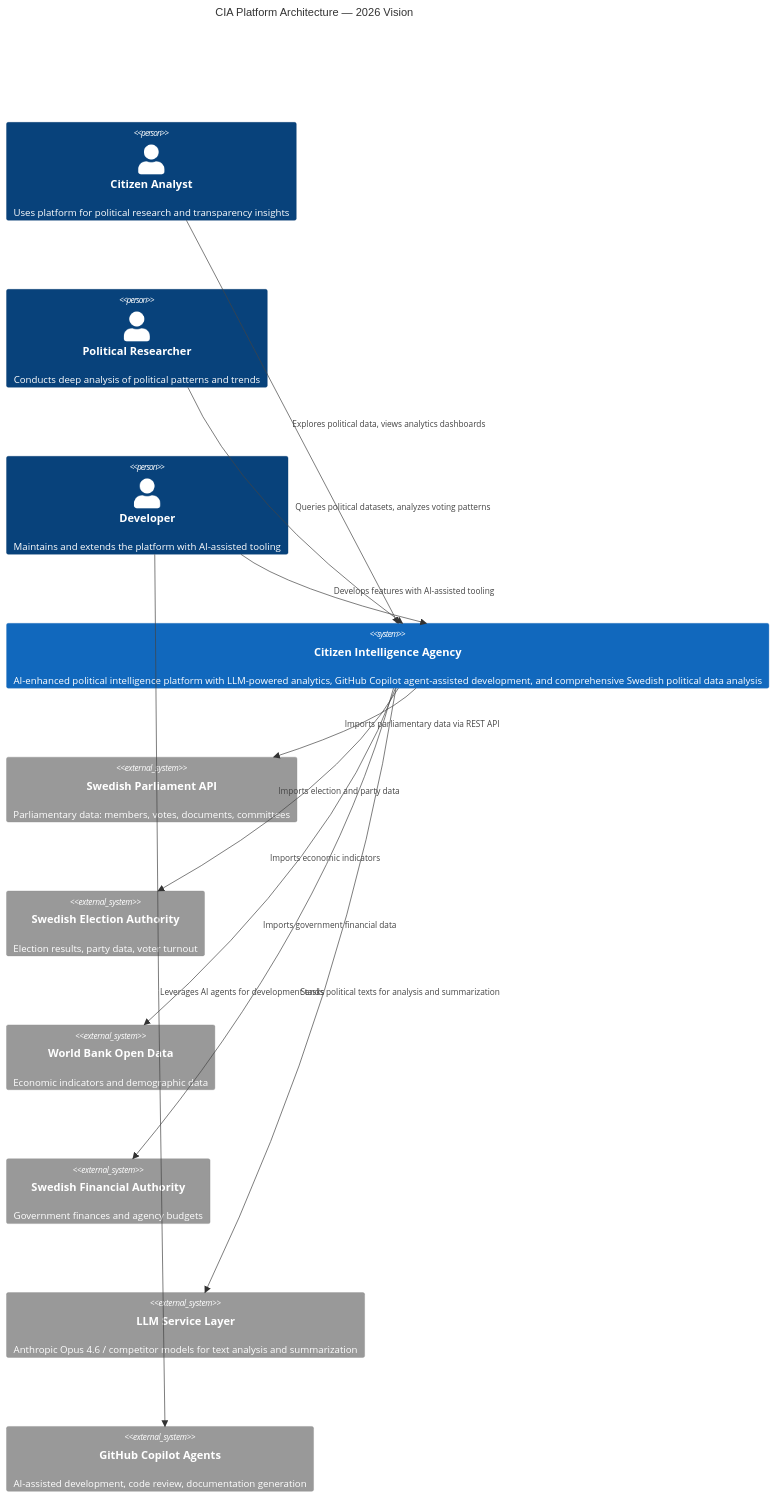
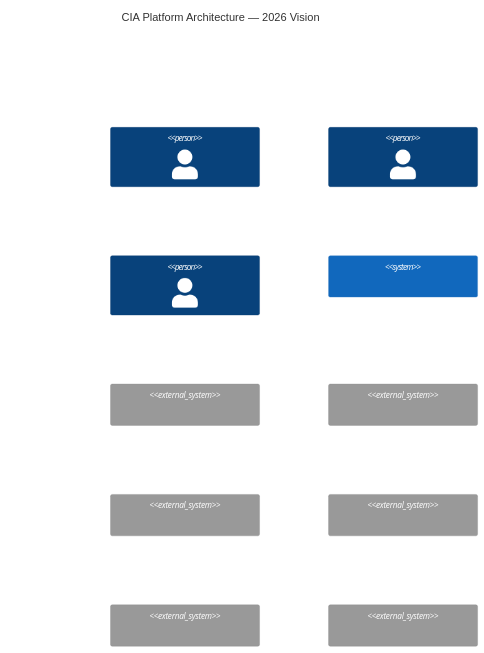
Before and after one commit to Hack23/cia: the first of 6 diagrams in FUTURE_ARCHITECTURE.md, drawn with Mermaid. The commit also changed other lines of this file and 54 other files, not shown here.

Commit message:
Quote mermaid node labels with icons/specials and add validation tooling

````diff
--- a/FUTURE_ARCHITECTURE.md
+++ b/FUTURE_ARCHITECTURE.md
@@ -53,30 +53,30 @@
 ```mermaid
 C4Context
   title CIA Platform Architecture — 2026 Vision
 
-  Person(citizen, "Citizen Analyst", "Uses platform for political research and transparency insights")
-  Person(researcher, "Political Researcher", "Conducts deep analysis of political patterns and trends")
-  Person(developer, "Developer", "Maintains and extends the platform with AI-assisted tooling")
+  Person("citizen, #quot;Citizen Analyst#quot;, #quot;Uses platform for political research and transparency insights#quot;")
+  Person("researcher, #quot;Political Researcher#quot;, #quot;Conducts deep analysis of political patterns and trends#quot;")
+  Person("developer, #quot;Developer#quot;, #quot;Maintains and extends the platform with AI-assisted tooling#quot;")
 
-  System(cia, "Citizen Intelligence Agency", "AI-enhanced political intelligence platform with LLM-powered analytics, GitHub Copilot agent-assisted development, and comprehensive Swedish political data analysis")
+  System("cia, #quot;Citizen Intelligence Agency#quot;, #quot;AI-enhanced political intelligence platform with LLM-powered analytics, GitHub Copilot agent-assisted development, and comprehensive Swedish political data analysis#quot;")
 
-  System_Ext(riksdagen, "Swedish Parliament API", "Parliamentary data: members, votes, documents, committees")
-  System_Ext(election, "Swedish Election Authority", "Election results, party data, voter turnout")
-  System_Ext(worldbank, "World Bank Open Data", "Economic indicators and demographic data")
-  System_Ext(esv, "Swedish Financial Authority", "Government finances and agency budgets")
-  System_Ext(llmService, "LLM Service Layer", "Anthropic Opus 4.6 / competitor models for text analysis and summarization")
-  System_Ext(copilotAgents, "GitHub Copilot Agents", "AI-assisted development, code review, documentation generation")
+  System_Ext("riksdagen, #quot;Swedish Parliament API#quot;, #quot;Parliamentary data: members, votes, documents, committees#quot;")
+  System_Ext("election, #quot;Swedish Election Authority#quot;, #quot;Election results, party data, voter turnout#quot;")
+  System_Ext("worldbank, #quot;World Bank Open Data#quot;, #quot;Economic indicators and demographic data#quot;")
+  System_Ext("esv, #quot;Swedish Financial Authority#quot;, #quot;Government finances and agency budgets#quot;")
+  System_Ext("llmService, #quot;LLM Service Layer#quot;, #quot;Anthropic Opus 4.6 / competitor models for text analysis and summarization#quot;")
+  System_Ext("copilotAgents, #quot;GitHub Copilot Agents#quot;, #quot;AI-assisted development, code review, documentation generation#quot;")
 
-  Rel(citizen, cia, "Explores political data, views analytics dashboards")
-  Rel(researcher, cia, "Queries political datasets, analyzes voting patterns")
-  Rel(developer, cia, "Develops features with AI-assisted tooling")
+  Rel("citizen, cia, #quot;Explores political data, views analytics dashboards#quot;")
+  Rel("researcher, cia, #quot;Queries political datasets, analyzes voting patterns#quot;")
+  Rel("developer, cia, #quot;Develops features with AI-assisted tooling#quot;")
 
-  Rel(cia, riksdagen, "Imports parliamentary data via REST API")
-  Rel(cia, election, "Imports election and party data")
-  Rel(cia, worldbank, "Imports economic indicators")
-  Rel(cia, esv, "Imports government financial data")
-  Rel(cia, llmService, "Sends political texts for analysis and summarization")
-  Rel(developer, copilotAgents, "Leverages AI agents for development tasks")
+  Rel("cia, riksdagen, #quot;Imports parliamentary data via REST API#quot;")
+  Rel("cia, election, #quot;Imports election and party data#quot;")
+  Rel("cia, worldbank, #quot;Imports economic indicators#quot;")
+  Rel("cia, esv, #quot;Imports government financial data#quot;")
+  Rel("cia, llmService, #quot;Sends political texts for analysis and summarization#quot;")
+  Rel("developer, copilotAgents, #quot;Leverages AI agents for development tasks#quot;")
 
-  UpdateLayoutConfig($c4ShapeInRow="3", $c4BoundaryInRow="1")
+  UpdateLayoutConfig("$c4ShapeInRow=#quot;3#quot;, $c4BoundaryInRow=#quot;1#quot;")
 ```
````
